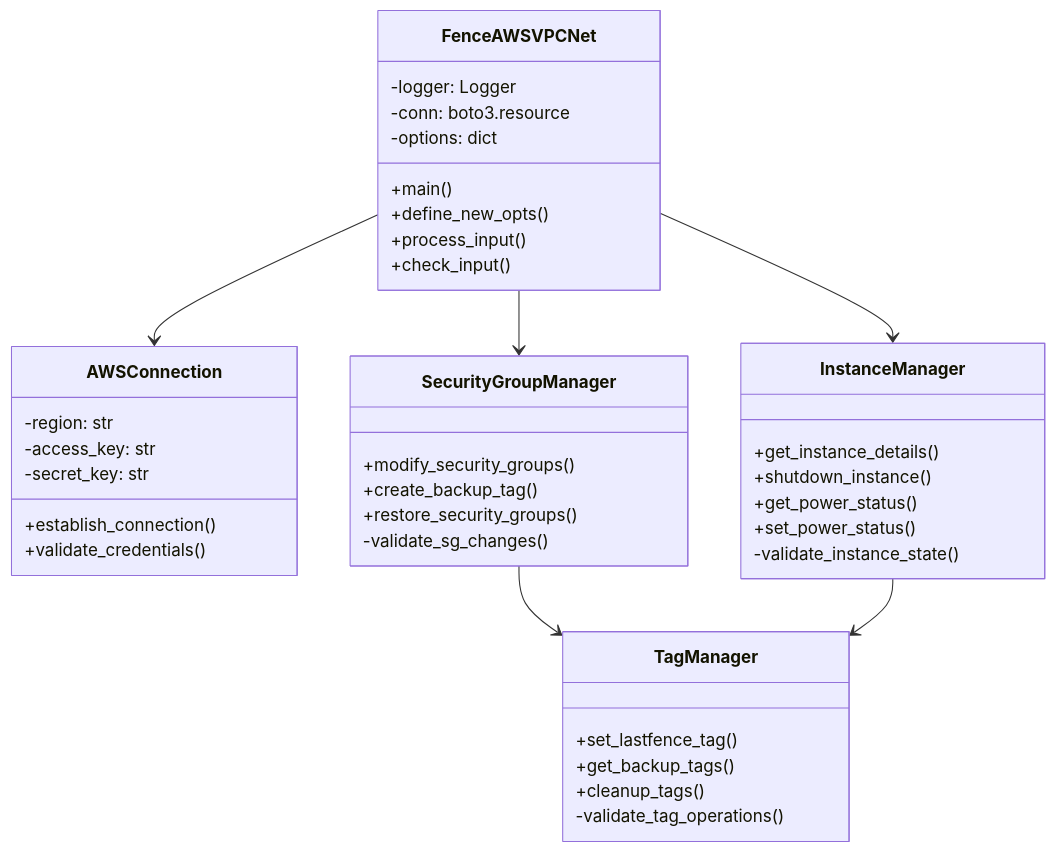
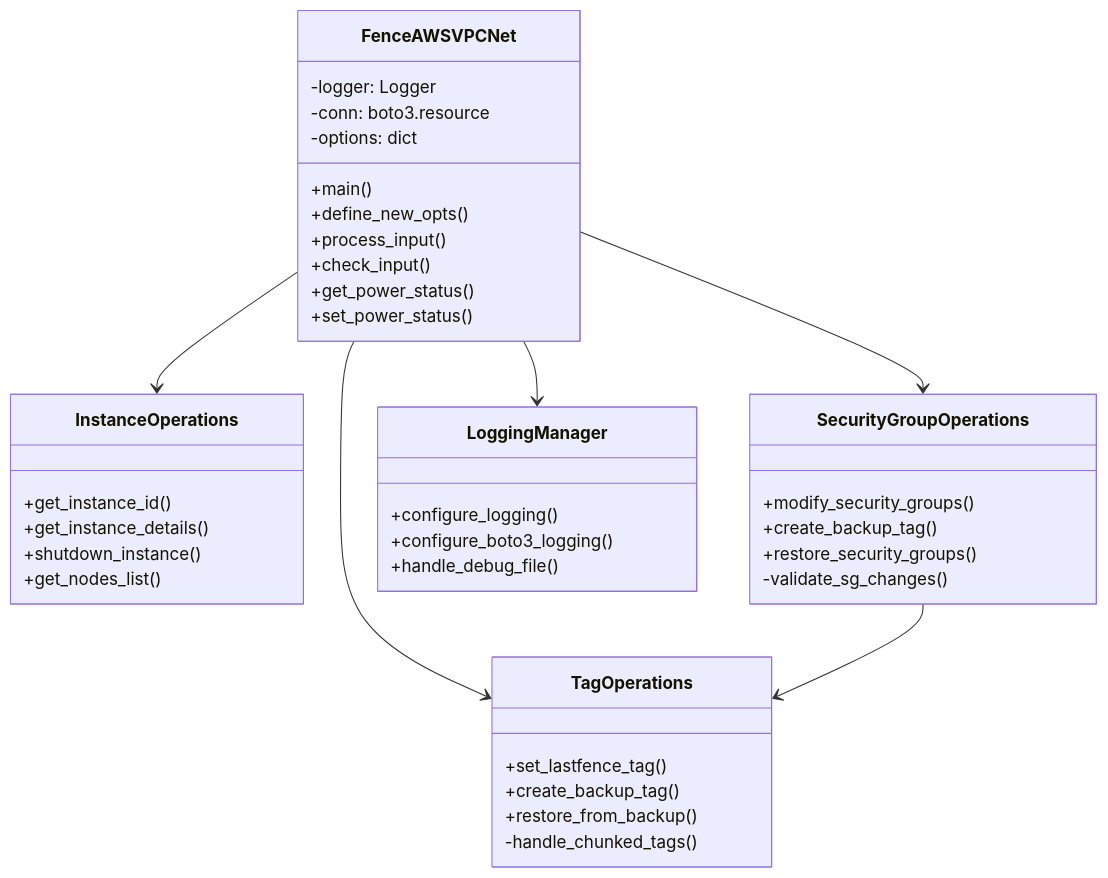
One commit to ClusterLabs/fence-agents changed the first of 3 diagrams in agents/aws_vpc_net/readme.md. Above: the diagram before and after it, drawn with Mermaid. The commit also changed other lines of this file and 2 other files, not shown here.

Commit message:
fence_aws_vpc_net: logic changes to reduce AWS backplane reliance

````diff
--- a/agents/aws_vpc_net/readme.md
+++ b/agents/aws_vpc_net/readme.md
@@ -9,49 +9,47 @@
 ```mermaid
 classDiagram
     class FenceAWSVPCNet {
         -logger: Logger
         -conn: boto3.resource
         -options: dict
         +main()
         +define_new_opts()
         +process_input()
         +check_input()
+        +get_power_status()
+        +set_power_status()
     }
 
-    class AWSConnection {
-        -region: str
-        -access_key: str
-        -secret_key: str
-        +establish_connection()
-        +validate_credentials()
+    class InstanceOperations {
+        +get_instance_id()
+        +get_instance_details()
+        +shutdown_instance()
+        +get_nodes_list()
     }
 
-    class SecurityGroupManager {
+    class SecurityGroupOperations {
         +modify_security_groups()
         +create_backup_tag()
         +restore_security_groups()
         -validate_sg_changes()
     }
 
-    class InstanceManager {
-        +get_instance_details()
-        +shutdown_instance()
-        +get_power_status()
-        +set_power_status()
-        -validate_instance_state()
+    class TagOperations {
+        +set_lastfence_tag()
+        +create_backup_tag()
+        +restore_from_backup()
+        -handle_chunked_tags()
     }
 
-    class TagManager {
-        +set_lastfence_tag()
-        +get_backup_tags()
-        +cleanup_tags()
-        -validate_tag_operations()
+    class LoggingManager {
+        +configure_logging()
+        +configure_boto3_logging()
+        +handle_debug_file()
     }
 
-    FenceAWSVPCNet --> AWSConnection
-    FenceAWSVPCNet --> SecurityGroupManager
-    FenceAWSVPCNet --> InstanceManager
-    SecurityGroupManager --> TagManager
-    InstanceManager --> TagManager
-
+    FenceAWSVPCNet --> InstanceOperations
+    FenceAWSVPCNet --> SecurityGroupOperations
+    FenceAWSVPCNet --> TagOperations
+    FenceAWSVPCNet --> LoggingManager
+    SecurityGroupOperations --> TagOperations
 ```
````
